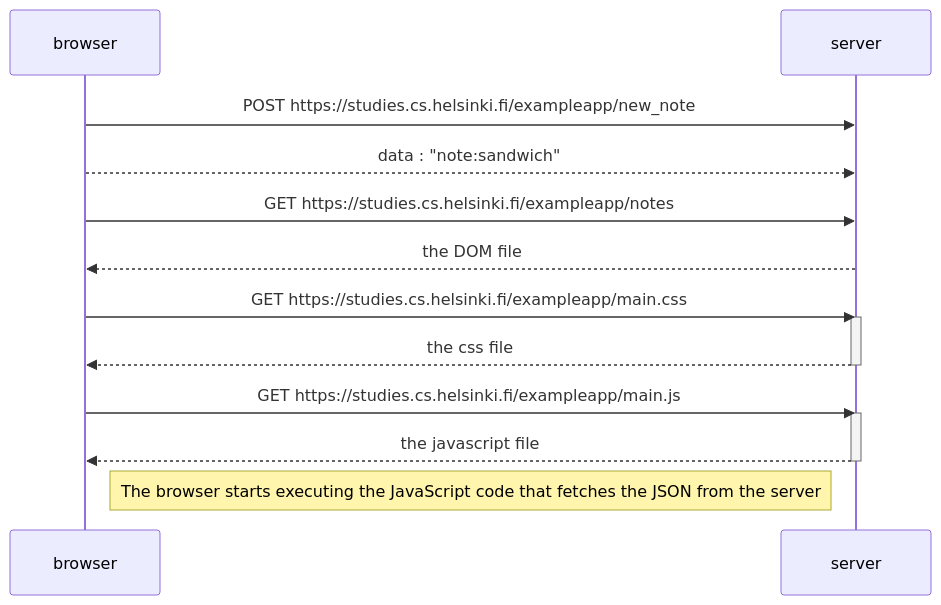
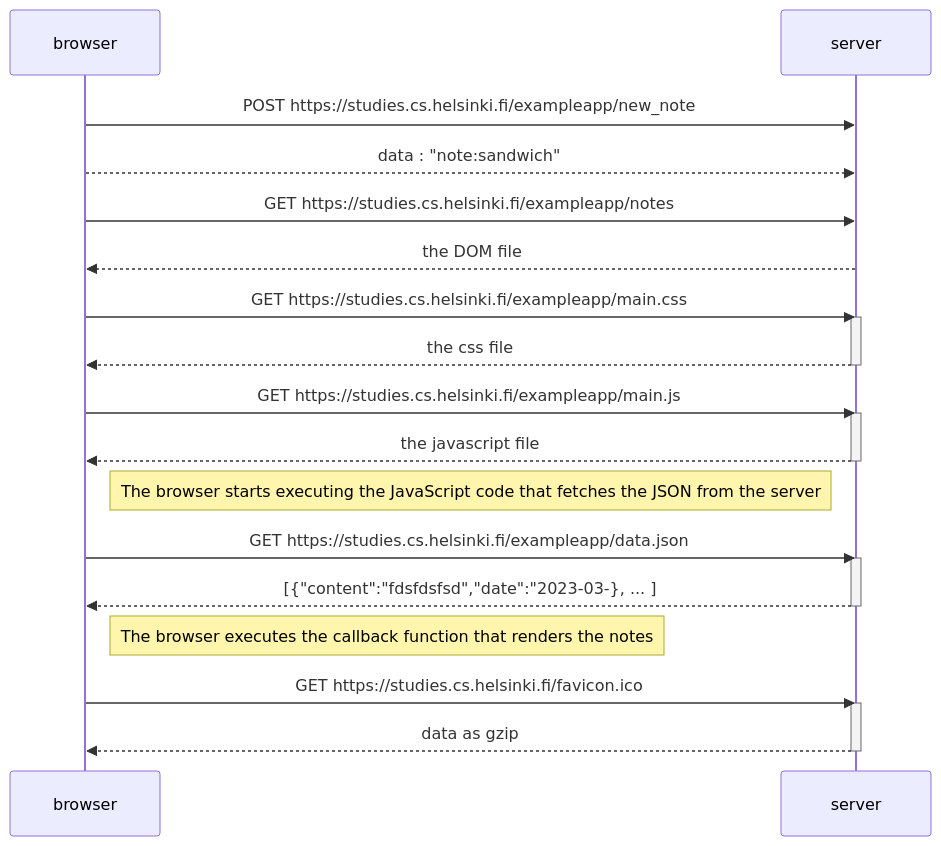
Before and after one commit to wdreset/fullstackopen_ex: the diagram in part0/0_4_New_note_diagram.md, drawn with Mermaid.

````diff
--- a/part0/0_4_New_note_diagram.md
+++ b/part0/0_4_New_note_diagram.md
@@ -3,22 +3,34 @@
 ```mermaid
 sequenceDiagram
     participant browser
     participant server
     
     browser->>server: POST https://studies.cs.helsinki.fi/exampleapp/new_note
     browser-->>server: data : "note:sandwich"
            
     browser->>server: GET https://studies.cs.helsinki.fi/exampleapp/notes
     server-->>browser: the DOM file
      
     browser->>server: GET https://studies.cs.helsinki.fi/exampleapp/main.css
     activate server
     server-->>browser: the css file
     deactivate server
     
     browser->>server: GET https://studies.cs.helsinki.fi/exampleapp/main.js
     activate server
     server-->>browser: the javascript file
     deactivate server
     Note right of browser: The browser starts executing the JavaScript code that fetches the JSON from the server
+    
+    browser->>server: GET https://studies.cs.helsinki.fi/exampleapp/data.json
+    activate server
+    server-->>browser: [{"content":"fdsfdsfsd","date":"2023-03-}, ... ]
+    deactivate server
+
+    Note right of browser: The browser executes the callback function that renders the notes
+    
+    browser->>server: GET https://studies.cs.helsinki.fi/favicon.ico
+    activate server
+    server-->>browser: data as gzip
+    deactivate server
 ```
````
